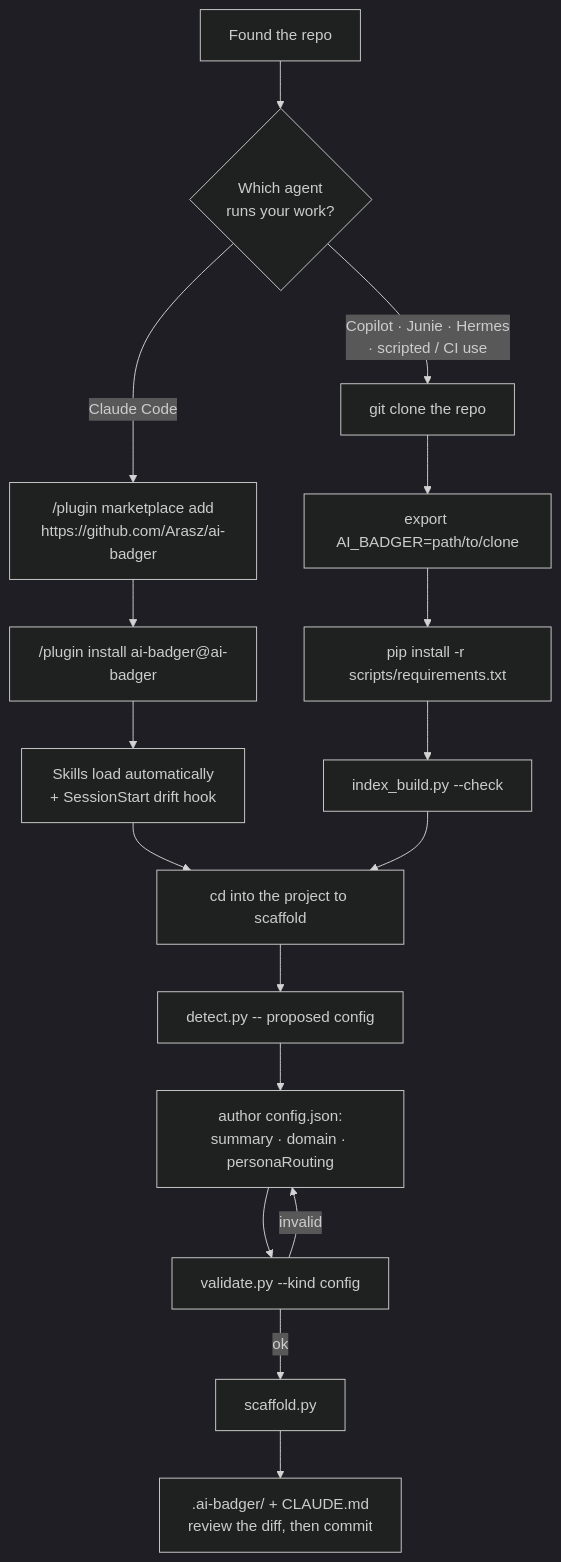
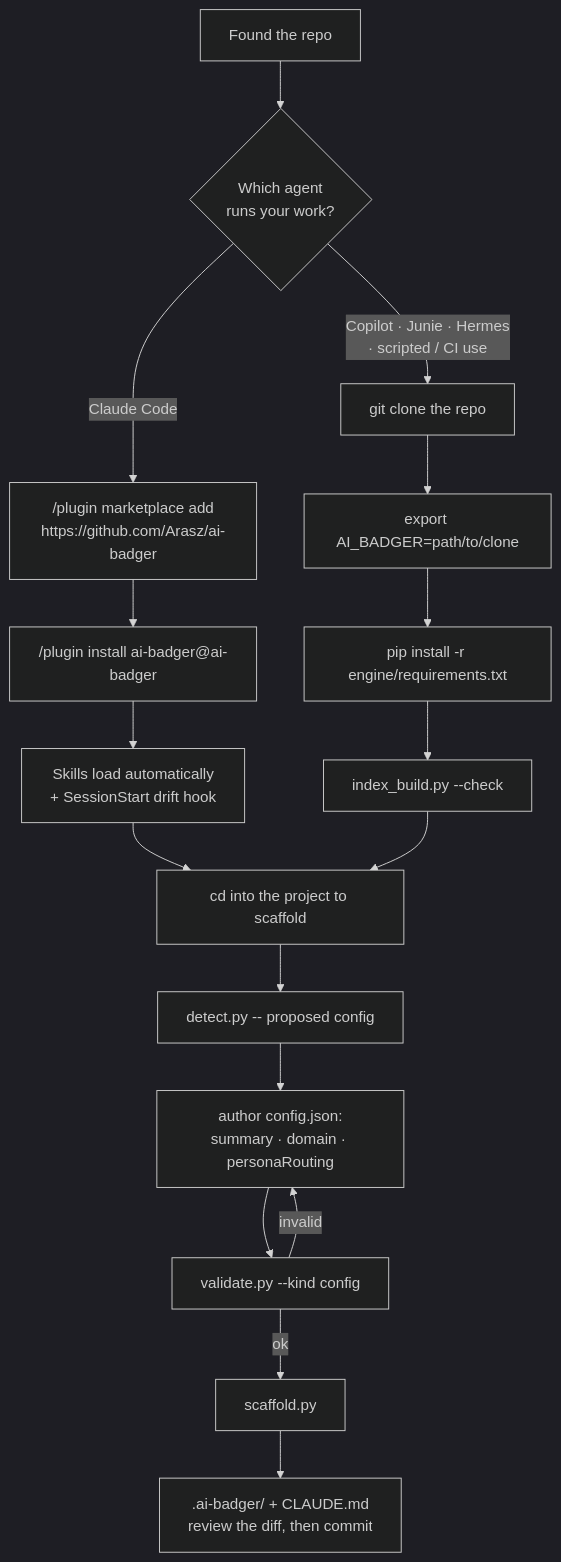
Before and after one commit to Arasz/ai-badger: the first of 3 diagrams in docs/getting-started.md, drawn with Mermaid (dark theme). The commit also changed other lines of this file and 84 other files, not shown here.

````diff
--- a/docs/getting-started.md
+++ b/docs/getting-started.md
@@ -44,19 +44,19 @@
 ```mermaid
 flowchart TD
   A["Found the repo"] --> B{"Which agent<br/>runs your work?"}
   B -->|"Claude Code"| C["/plugin marketplace add<br/>https://github.com/Arasz/ai-badger"]
   B -->|"Copilot · Junie · Hermes<br/>· scripted / CI use"| D["git clone the repo"]
   C --> E["/plugin install ai-badger@ai-badger"]
   E --> F["Skills load automatically<br/>+ SessionStart drift hook"]
   D --> G["export AI_BADGER=path/to/clone"]
-  G --> H["pip install -r scripts/requirements.txt"]
+  G --> H["pip install -r engine/requirements.txt"]
   H --> I["index_build.py --check"]
   F --> J["cd into the project to scaffold"]
   I --> J
   J --> K["detect.py -- proposed config"]
   K --> L["author config.json:<br/>summary · domain · personaRouting"]
   L --> M["validate.py --kind config"]
   M -->|invalid| L
   M -->|ok| N["scaffold.py"]
   N --> O[".ai-badger/ + CLAUDE.md<br/>review the diff, then commit"]
 ```
````
